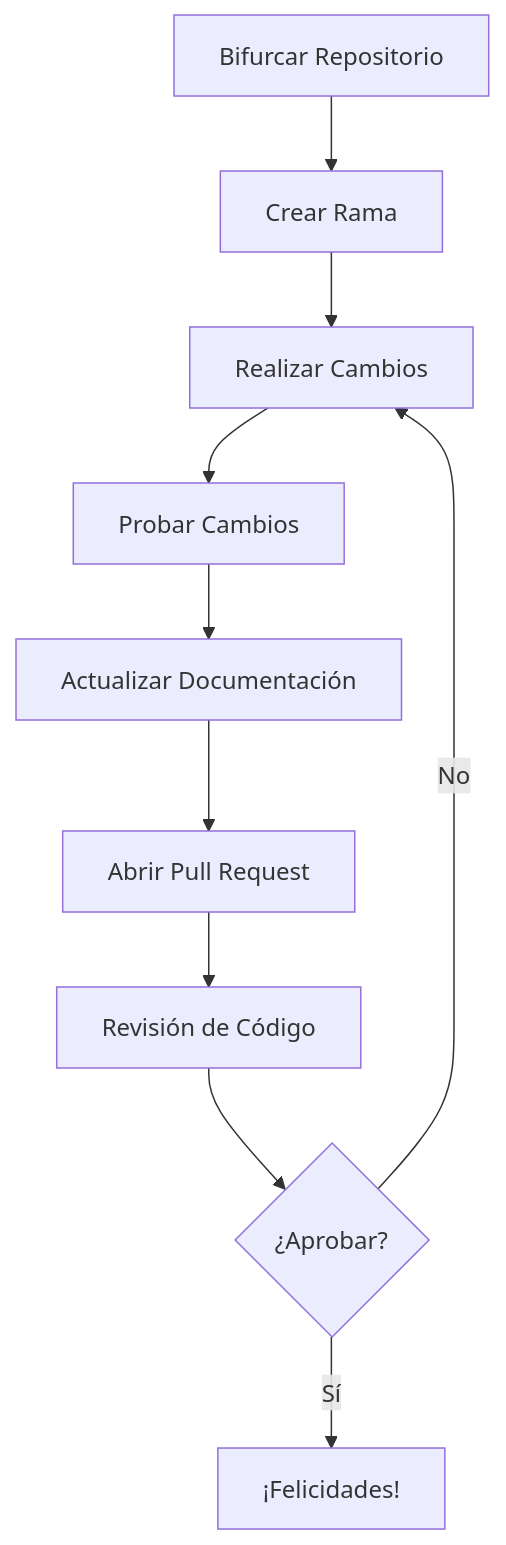
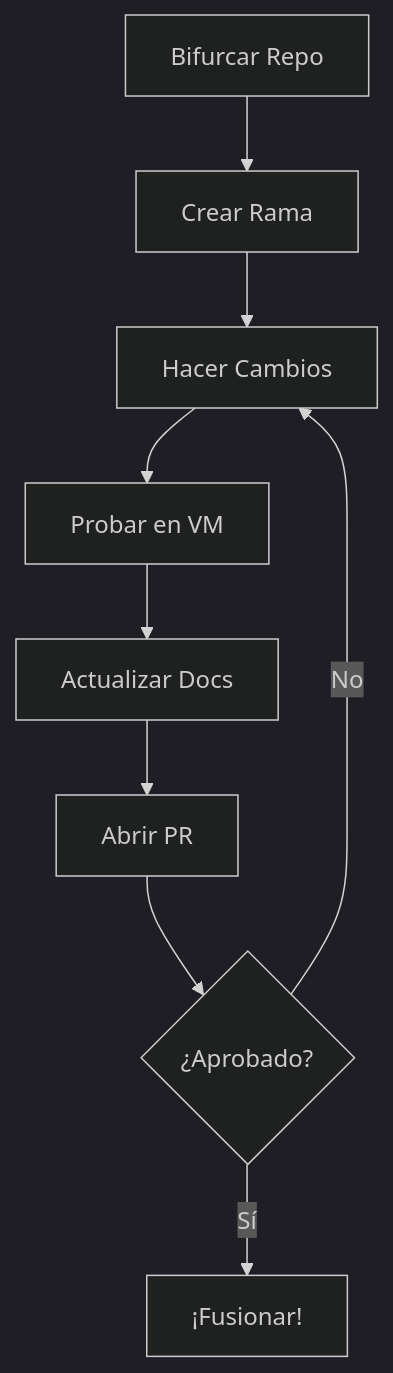
Before and after one commit to ProDots/HyprZent-v2: the second of 2 diagrams in CONTRIBUTING.md, drawn with Mermaid. The commit also changed other lines of this file, not shown here.

````diff
--- a/CONTRIBUTING.md
+++ b/CONTRIBUTING.md
@@ -86,12 +102,12 @@
 ```mermaid
+%%{init: {'theme': 'dark'}}%%
 graph TD
-    A[Bifurcar Repositorio] --> B[Crear Rama]
-    B --> C[Realizar Cambios]
-    C --> D[Probar Cambios]
-    D --> E[Actualizar Documentación]
-    E --> F[Abrir Pull Request]
-    F --> G[Revisión de Código]
-    G --> H{¿Aprobar?}
-    H -->|Sí| I[¡Felicidades!]
-    H -->|No| C
+    A[Bifurcar Repo] --> B[Crear Rama]
+    B --> C[Hacer Cambios]
+    C --> D[Probar en VM]
+    D --> E[Actualizar Docs]
+    E --> F[Abrir PR]
+    F --> G{¿Aprobado?}
+    G -->|Sí| H[¡Fusionar!]
+    G -->|No| C
 ```
````
